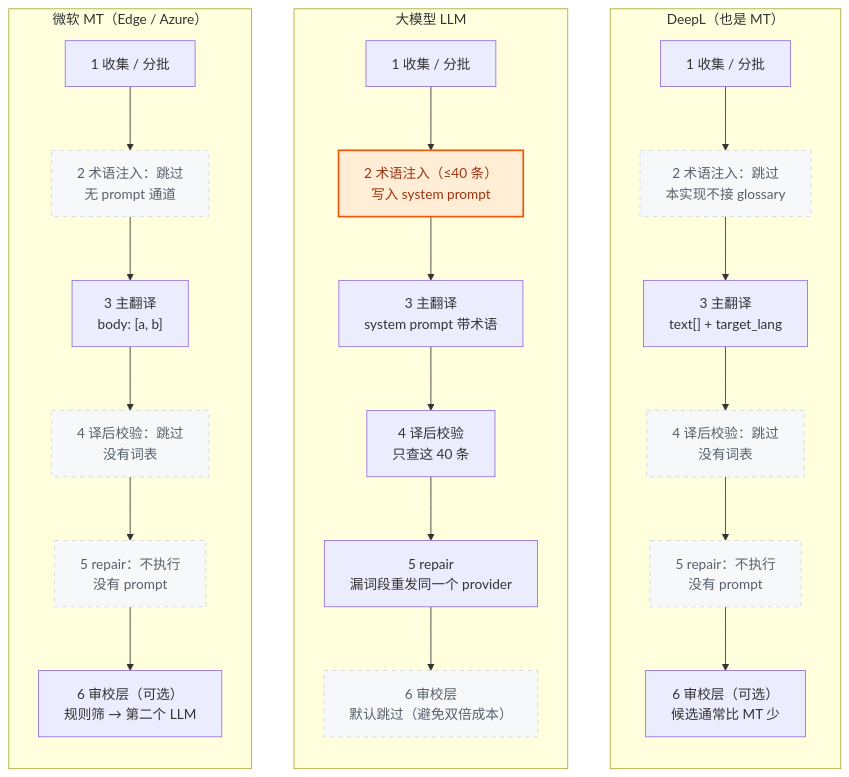
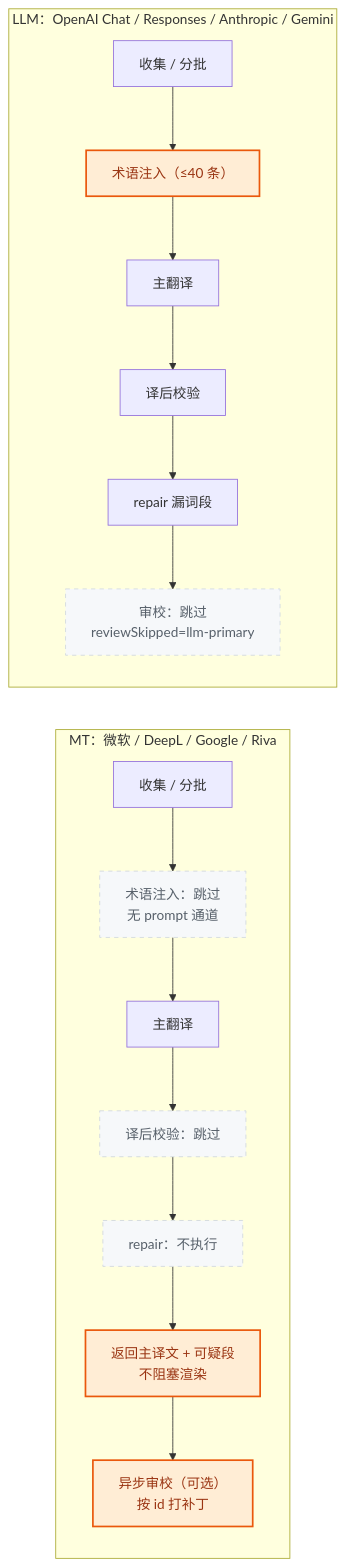
One commit to sogeisetsu/sopen-translate changed the first of 2 diagrams in README.md. Above: the diagram before and after it, drawn with Mermaid. The commit also changed other lines of this file and 1 other file, not shown here.

Commit message:
docs: rewrite README for async review, NVIDIA and debug log

````diff
--- a/README.md
+++ b/README.md
@@ -107,36 +132,26 @@
 ```mermaid
 flowchart LR
-  subgraph MT["微软 MT（Edge / Azure）"]
+  subgraph MT["MT：微软 / DeepL / Google / Riva"]
     direction TB
-    mt1["1 收集 / 分批"] --> mt2["2 术语注入：跳过<br/>无 prompt 通道"]
-    mt2 --> mt3["3 主翻译<br/>body: [a, b]"]
-    mt3 --> mt4["4 译后校验：跳过<br/>没有词表"]
-    mt4 --> mt5["5 repair：不执行<br/>没有 prompt"]
-    mt5 --> mt6["6 审校层（可选）<br/>规则筛 → 第二个 LLM"]
+    mt1["收集 / 分批"] --> mt2["术语注入：跳过<br/>无 prompt 通道"]
+    mt2 --> mt3["主翻译"]
+    mt3 --> mt4["译后校验：跳过"]
+    mt4 --> mt5["repair：不执行"]
+    mt5 --> mt6["返回主译文 + 可疑段<br/>不阻塞渲染"]
+    mt6 --> mt7["异步审校（可选）<br/>按 id 打补丁"]
   end
 
-  subgraph LLM["大模型 LLM"]
+  subgraph LLM["LLM：OpenAI Chat / Responses / Anthropic / Gemini"]
     direction TB
-    llm1["1 收集 / 分批"] --> llm2["2 术语注入（≤40 条）<br/>写入 system prompt"]
-    llm2 --> llm3["3 主翻译<br/>system prompt 带术语"]
-    llm3 --> llm4["4 译后校验<br/>只查这 40 条"]
-    llm4 --> llm5["5 repair<br/>漏词段重发同一个 provider"]
-    llm5 --> llm6["6 审校层<br/>默认跳过（避免双倍成本）"]
-  end
-
-  subgraph DEEPL["DeepL（也是 MT）"]
-    direction TB
-    dp1["1 收集 / 分批"] --> dp2["2 术语注入：跳过<br/>本实现不接 glossary"]
-    dp2 --> dp3["3 主翻译<br/>text[] + target_lang"]
-    dp3 --> dp4["4 译后校验：跳过<br/>没有词表"]
-    dp4 --> dp5["5 repair：不执行<br/>没有 prompt"]
-    dp5 --> dp6["6 审校层（可选）<br/>候选通常比 MT 少"]
+    llm1["收集 / 分批"] --> llm2["术语注入（≤40 条）"]
+    llm2 --> llm3["主翻译"]
+    llm3 --> llm4["译后校验"]
+    llm4 --> llm5["repair 漏词段"]
+    llm5 --> llm6["审校：跳过<br/>reviewSkipped=llm-primary"]
   end
 
   classDef hot fill:#ffedd5,stroke:#ea580c,stroke-width:2px,color:#9a3412
-  classDef skip fill:#f6f8fa,stroke:#d0d7de,stroke-dasharray: 5 5,color:#57606a
-  MT ~~~ LLM
-  LLM ~~~ DEEPL
-  class llm2 hot
-  class mt2,mt4,mt5,llm6,dp2,dp4,dp5 skip
+  classDef skip fill:#f6f8fa,stroke:#d0d7de,stroke-dasharray:5 5,color:#57606a
+  class llm2,mt6,mt7 hot
+  class mt2,mt4,mt5,llm6 skip
 ```
````
